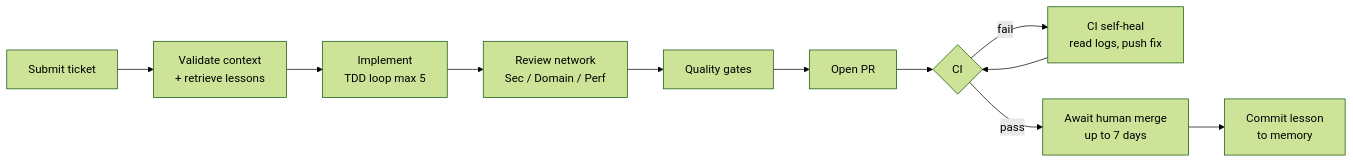
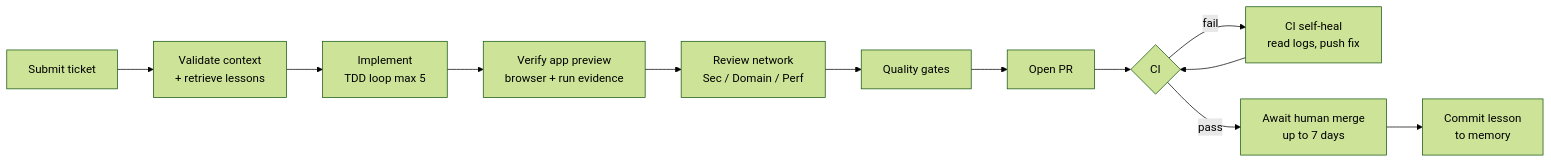
One commit to yorch/auto-swe changed the second of 2 diagrams in docs/product-overview.md. Above: the diagram before and after it, drawn with Mermaid (forest theme). The commit also changed other lines of this file and 24 other files, not shown here.

First line of the commit message:
fix(ui-validation): fail the gate on browser errors and document evidence (#587)

````diff
--- a/docs/product-overview.md
+++ b/docs/product-overview.md
@@ -137,13 +139,14 @@
 ```mermaid
 flowchart LR
     A[Submit ticket] --> B[Validate context\n+ retrieve lessons]
     B --> C[Implement\nTDD loop max 5]
-    C --> D[Review network\nSec / Domain / Perf]
-    D --> E[Quality gates]
-    E --> F[Open PR]
-    F --> G{CI}
-    G -->|fail| H[CI self-heal\nread logs, push fix]
-    H --> G
-    G -->|pass| I[Await human merge\nup to 7 days]
-    I --> J[Commit lesson\nto memory]
+    C --> D[Verify app preview\nbrowser + run evidence]
+    D --> E[Review network\nSec / Domain / Perf]
+    E --> F[Quality gates]
+    F --> G[Open PR]
+    G --> H{CI}
+    H -->|fail| I[CI self-heal\nread logs, push fix]
+    I --> H
+    H -->|pass| J[Await human merge\nup to 7 days]
+    J --> K[Commit lesson\nto memory]
 ```
````
